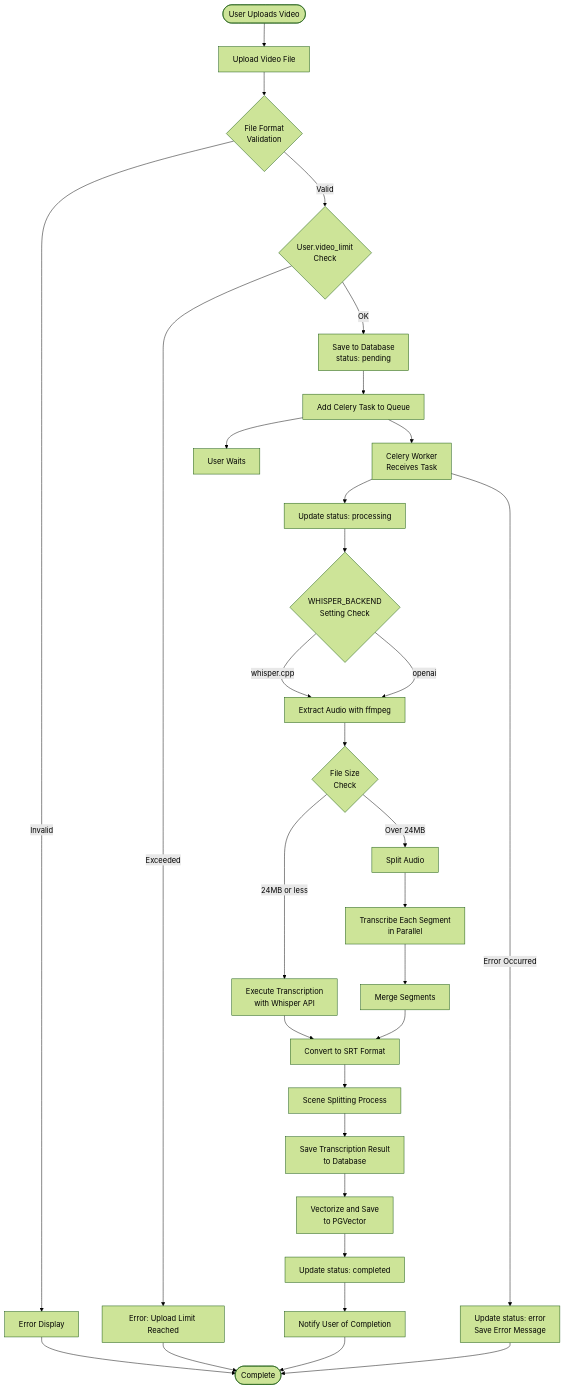
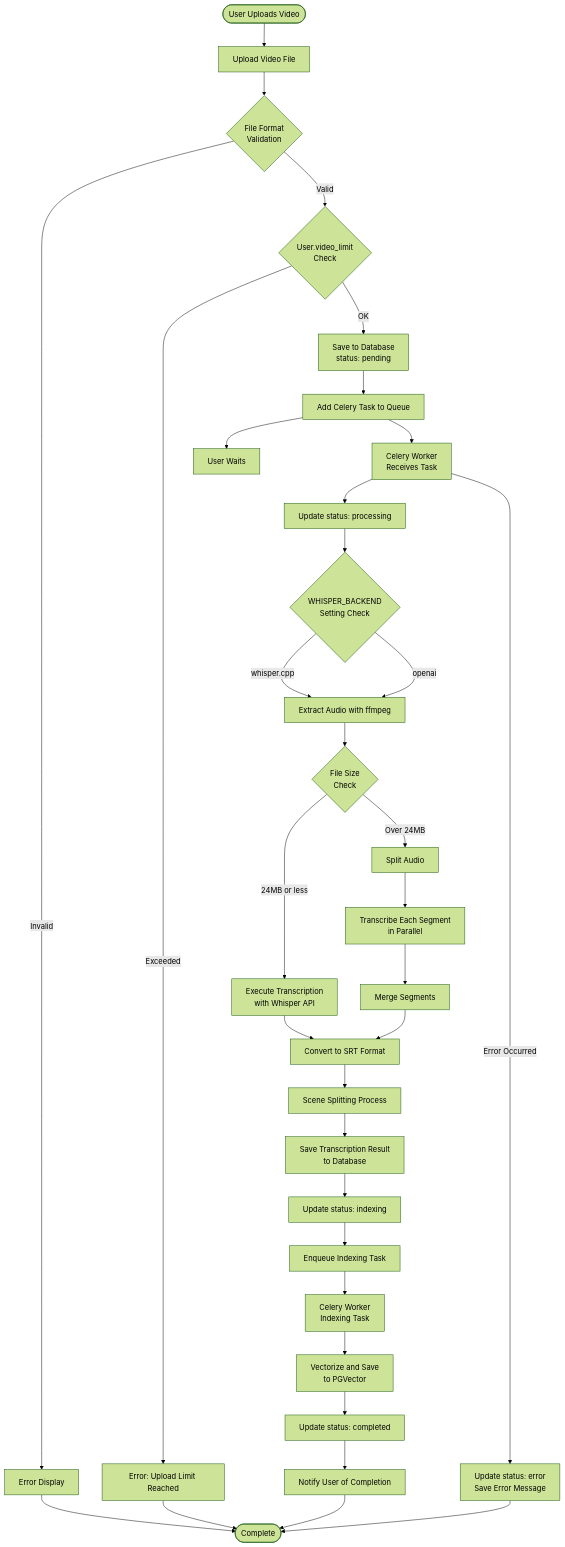
The first of 8 diagrams in docs/requirements/activity-diagram.md (yukiharada1228/videoq), drawn with Mermaid (forest theme) before and after one commit. The commit also changed 8 other files, not shown here.

````diff
--- a/docs/requirements/activity-diagram.md
+++ b/docs/requirements/activity-diagram.md
@@ -9,35 +9,38 @@
 ```mermaid
 flowchart TD
     Start([User Uploads Video]) --> Upload[Upload Video File]
     Upload --> Validate{"File Format<br>Validation"}
     Validate -->|Invalid| Error1[Error Display]
     Validate -->|Valid| CheckLimit{"User.video_limit<br>Check"}
     CheckLimit -->|Exceeded| ErrorLimit[Error: Upload Limit Reached]
     CheckLimit -->|OK| Save[Save to Database<br/>status: pending]
     Save --> Queue[Add Celery Task to Queue]
     Queue --> Wait[User Waits]
     
     Queue --> Worker[Celery Worker<br/>Receives Task]
     Worker --> UpdateStatus1[Update status: processing]
     UpdateStatus1 --> CheckBackend{"WHISPER_BACKEND<br>Setting Check"}
     CheckBackend -->|whisper.cpp| Extract[Extract Audio with ffmpeg]
     CheckBackend -->|openai| Extract[Extract Audio with ffmpeg]
     Extract --> CheckSize{"File Size<br>Check"}
     CheckSize -->|24MB or less| Transcribe1[Execute Transcription<br/>with Whisper API]
     CheckSize -->|Over 24MB| Split[Split Audio]
     Split --> Transcribe2[Transcribe Each Segment<br/>in Parallel]
     Transcribe2 --> Merge[Merge Segments]
     Merge --> CreateSRT[Convert to SRT Format]
     Transcribe1 --> CreateSRT
     CreateSRT --> SceneSplit[Scene Splitting Process]
     SceneSplit --> SaveTranscript[Save Transcription Result<br/>to Database]
-    SaveTranscript --> Vectorize[Vectorize and Save<br/>to PGVector]
+    SaveTranscript --> UpdateIndexing[Update status: indexing]
+    UpdateIndexing --> QueueIndexing[Enqueue Indexing Task]
+    QueueIndexing --> IndexWorker[Celery Worker<br/>Indexing Task]
+    IndexWorker --> Vectorize[Vectorize and Save<br/>to PGVector]
     Vectorize --> UpdateStatus2[Update status: completed]
     UpdateStatus2 --> Notify[Notify User of Completion]
     Notify --> End([Complete])
     
     Error1 --> End
     ErrorLimit --> End
     Worker -->|Error Occurred| UpdateError[Update status: error<br/>Save Error Message]
     UpdateError --> End
 ```
````
